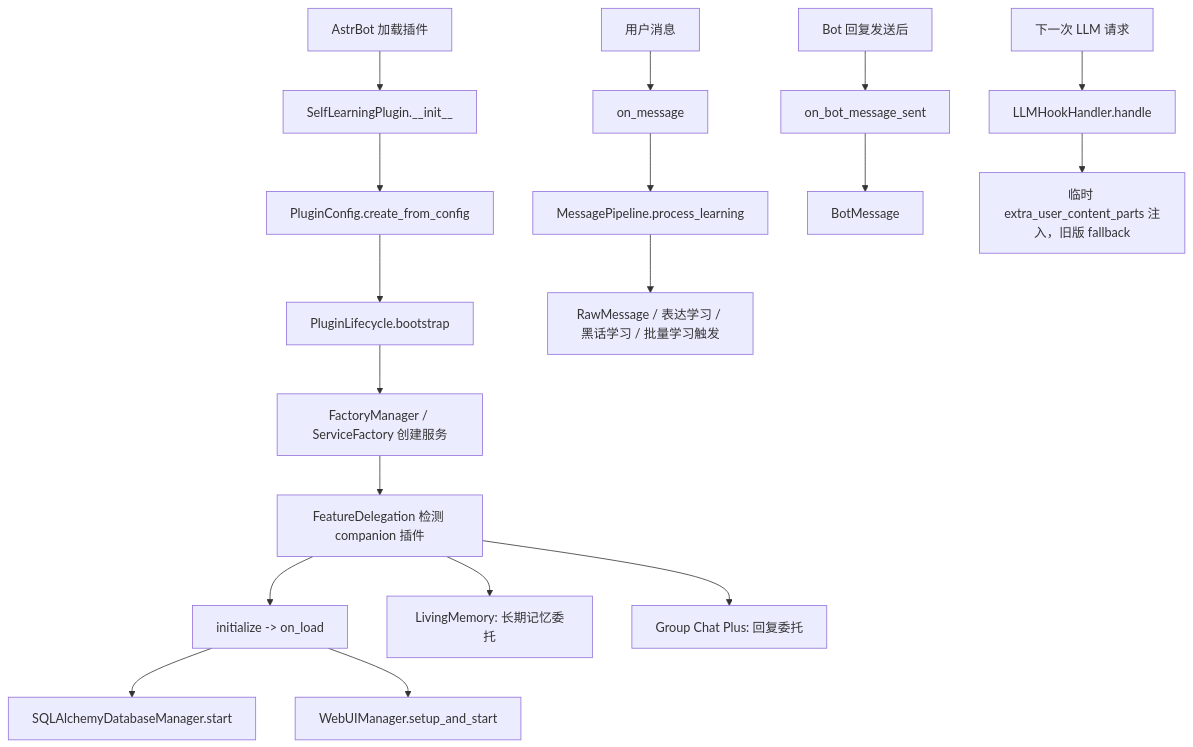
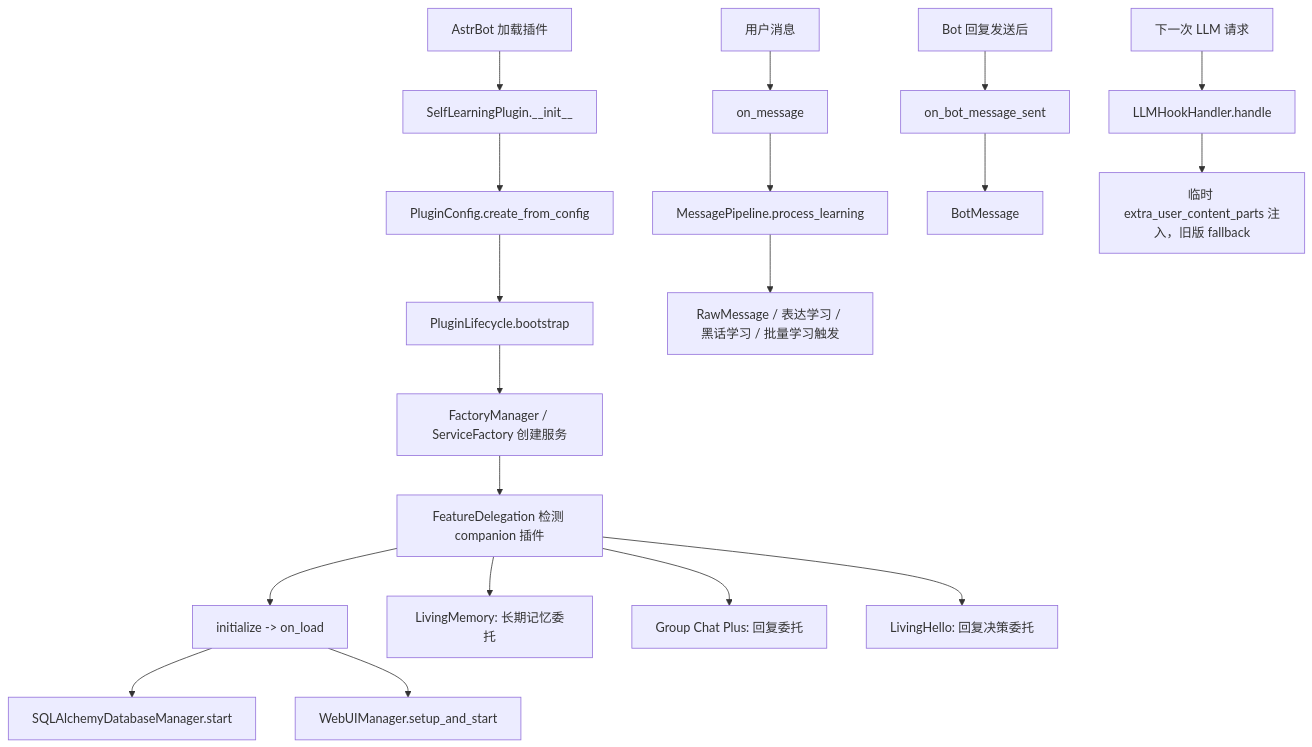
Before and after one commit to NickCharlie/astrbot_plugin_self_learning: the diagram in docs/README.md, drawn with Mermaid. The commit also changed other lines of this file and 2 other files, not shown here.

First line of the commit message:
docs: update LivingHello baseline to 2.7.2

````diff
--- a/docs/README.md
+++ b/docs/README.md
@@ -60,20 +60,21 @@
 ```mermaid
 flowchart TD
     A["AstrBot 加载插件"] --> B["SelfLearningPlugin.__init__"]
     B --> C["PluginConfig.create_from_config"]
     C --> D["PluginLifecycle.bootstrap"]
     D --> E["FactoryManager / ServiceFactory 创建服务"]
     E --> FD["FeatureDelegation 检测 companion 插件"]
     FD --> F["initialize -> on_load"]
     F --> G["SQLAlchemyDatabaseManager.start"]
     F --> H["WebUIManager.setup_and_start"]
     I["用户消息"] --> J["on_message"]
     J --> K["MessagePipeline.process_learning"]
     K --> L["RawMessage / 表达学习 / 黑话学习 / 批量学习触发"]
     M["Bot 回复发送后"] --> N["on_bot_message_sent"]
     N --> O["BotMessage"]
     P["下一次 LLM 请求"] --> Q["LLMHookHandler.handle"]
     Q --> R["临时 extra_user_content_parts 注入，旧版 fallback"]
     FD --> S["LivingMemory: 长期记忆委托"]
     FD --> T["Group Chat Plus: 回复委托"]
+    FD --> U["LivingHello: 回复决策委托"]
 ```
````
